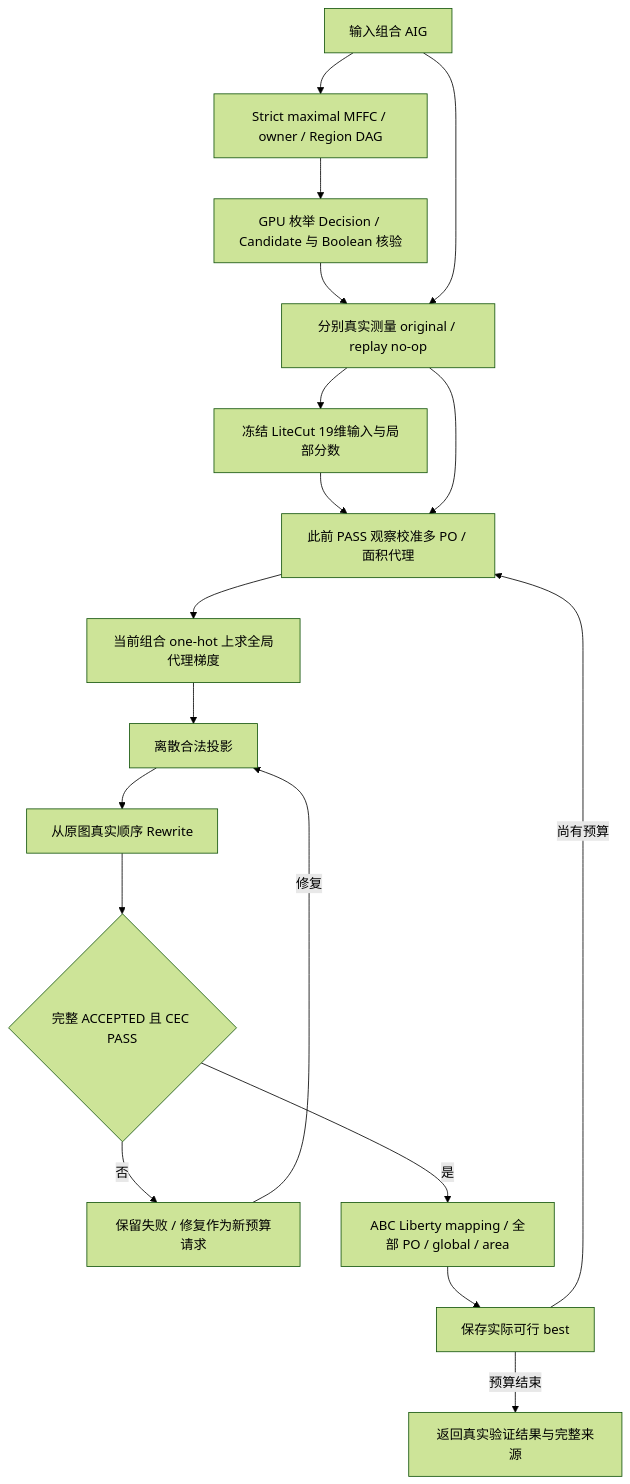
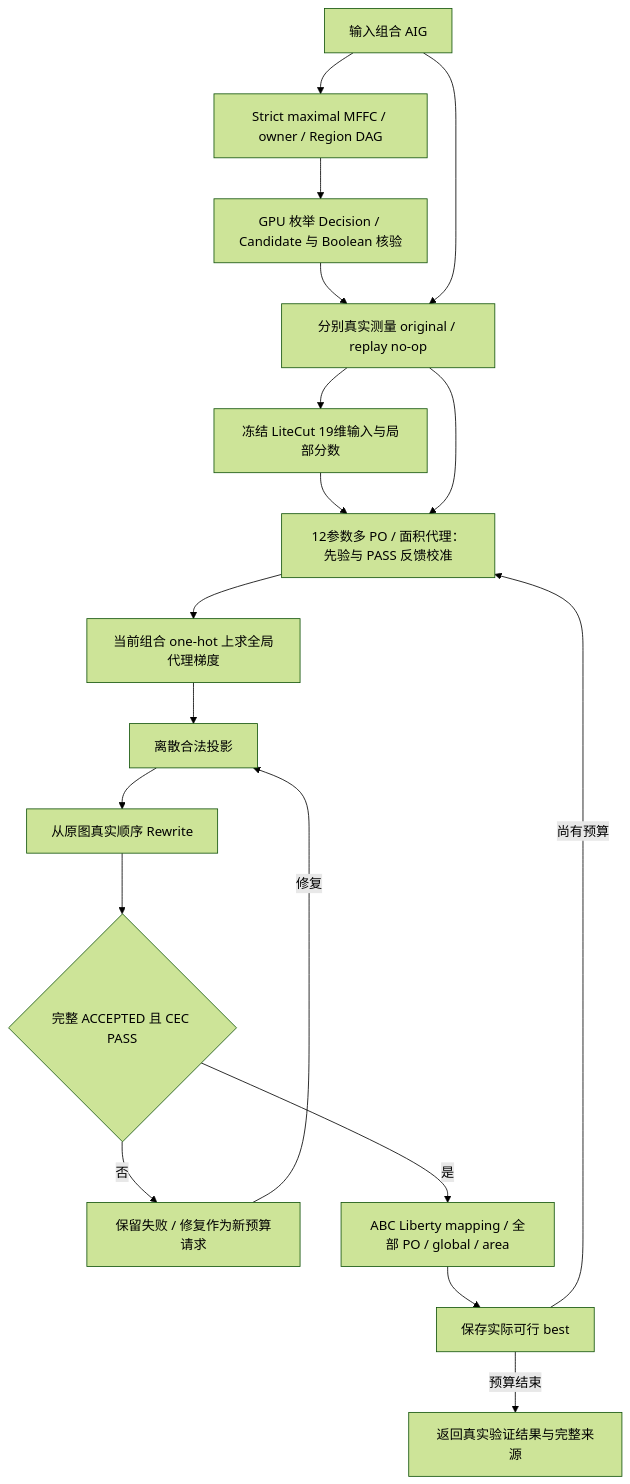
One commit to Appleeyelala/CULS_LiteCut changed the diagram in GRADIENT_OPTIMIZATION_STATUS.md. Above: the diagram before and after it, drawn with Mermaid (forest theme). The commit also changed other lines of this file, not shown here.

````diff
--- a/GRADIENT_OPTIMIZATION_STATUS.md
+++ b/GRADIENT_OPTIMIZATION_STATUS.md
@@ -41,20 +52,20 @@
 ```mermaid
 flowchart TD
     A[输入组合 AIG] --> B[Strict maximal MFFC / owner / Region DAG]
     B --> C[GPU 枚举 Decision / Candidate 与 Boolean 核验]
     C --> E
     A --> E[分别真实测量 original / replay no-op]
     E --> D[冻结 LiteCut 19维输入与局部分数]
-    D --> F[此前 PASS 观察校准多 PO / 面积代理]
+    D --> F[12参数多 PO / 面积代理：先验与 PASS 反馈校准]
     E --> F
     F --> G[当前组合 one-hot 上求全局代理梯度]
     G --> H[离散合法投影]
     H --> I[从原图真实顺序 Rewrite]
     I --> J{完整 ACCEPTED 且 CEC PASS}
     J -- 否 --> K[保留失败 / 修复作为新预算请求]
     K -- 修复 --> H
     J -- 是 --> L[ABC Liberty mapping / 全部 PO / global / area]
     L --> M[保存实际可行 best]
     M -- 尚有预算 --> F
     M -- 预算结束 --> N[返回真实验证结果与完整来源]
 ```
````
